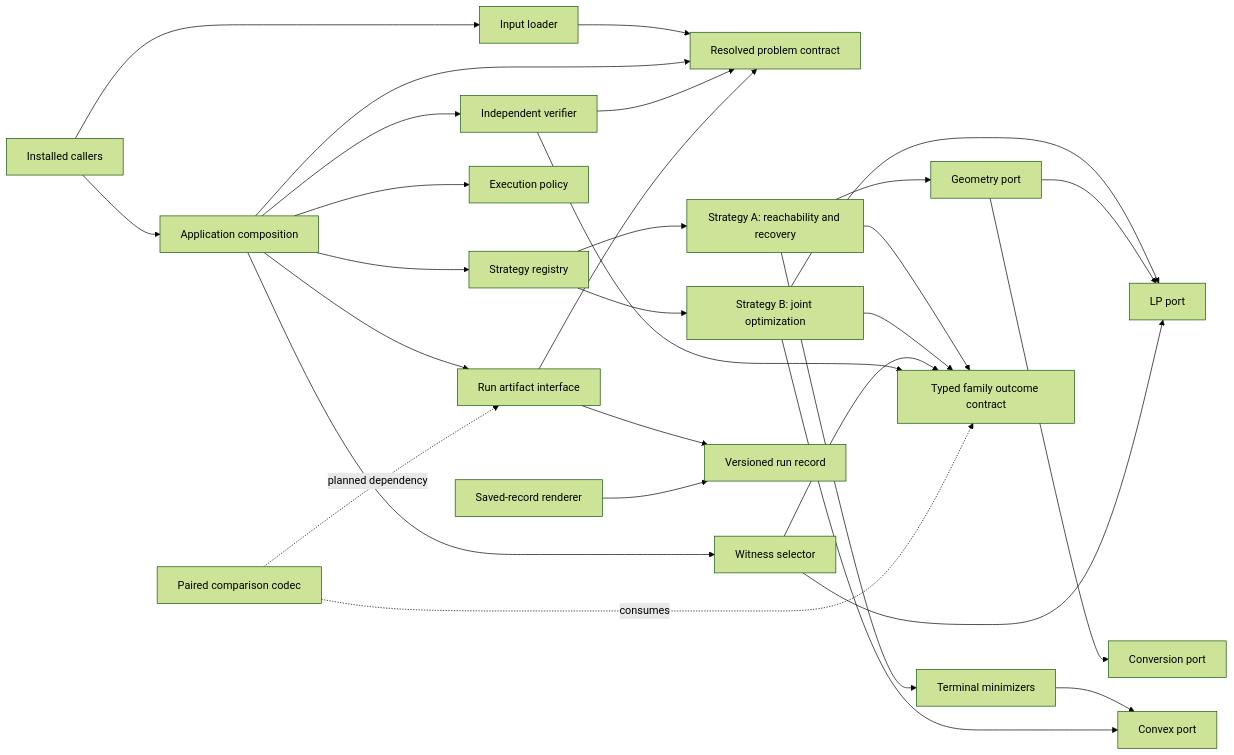
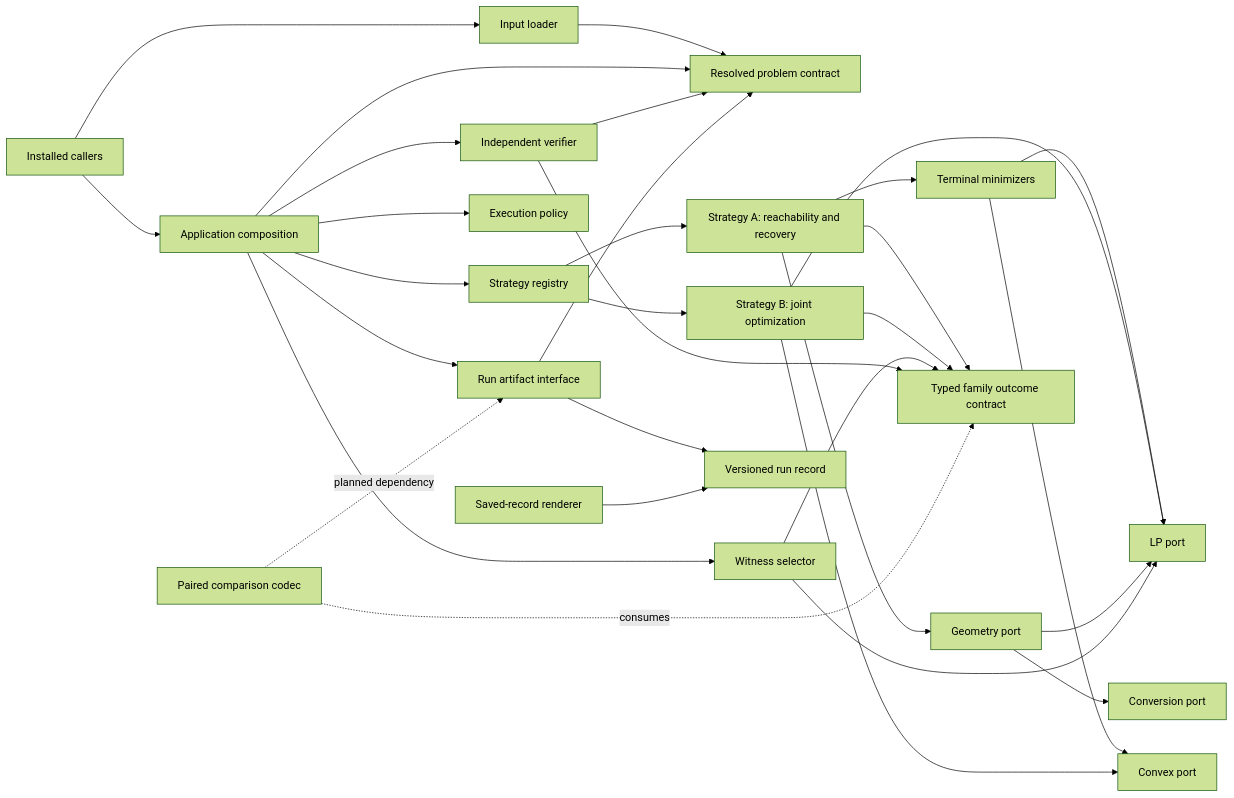
The diagram in docs/architecture/framework-composition.md (butahlecoq/controlled-systems-lab), drawn with Mermaid (forest theme) before and after one commit.

Commit message:
Show terminal LP dependency

````diff
--- a/docs/architecture/framework-composition.md
+++ b/docs/architecture/framework-composition.md
@@ -15,32 +15,33 @@
 ```mermaid
 flowchart LR
     EX[Installed callers] --> IN[Input loader]
     EX --> AP[Application composition]
     IN --> PR[Resolved problem contract]
     AP --> PR
     AP --> SR[Strategy registry]
     AP --> WS[Witness selector]
     AP --> V[Independent verifier]
     AP --> EXEC[Execution policy]
     AP --> ART[Run artifact interface]
     SR --> A[Strategy A: reachability and recovery]
     SR --> B[Strategy B: joint optimization]
     A --> GEO[Geometry port]
     A --> TERM[Terminal minimizers]
+    TERM --> LP
     TERM --> CVX[Convex port]
     A --> F[Typed family outcome contract]
     B --> LP[LP port]
     B --> CVX
     B --> F
     GEO --> LP
     GEO --> CV[Conversion port]
     WS --> F
     WS --> LP
     V --> PR
     V --> F
     ART --> PR
     ART --> RECORD[Versioned run record]
     R[Saved-record renderer] --> RECORD
     PAIR[Paired comparison codec] -. planned dependency .-> ART
     PAIR -. consumes .-> F
 ```
````
